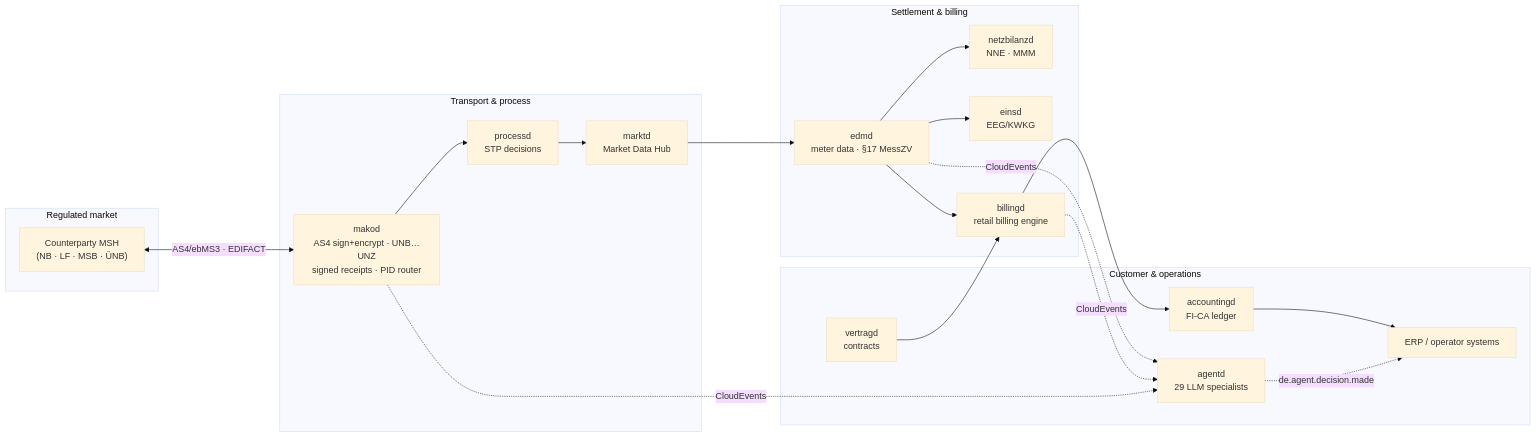
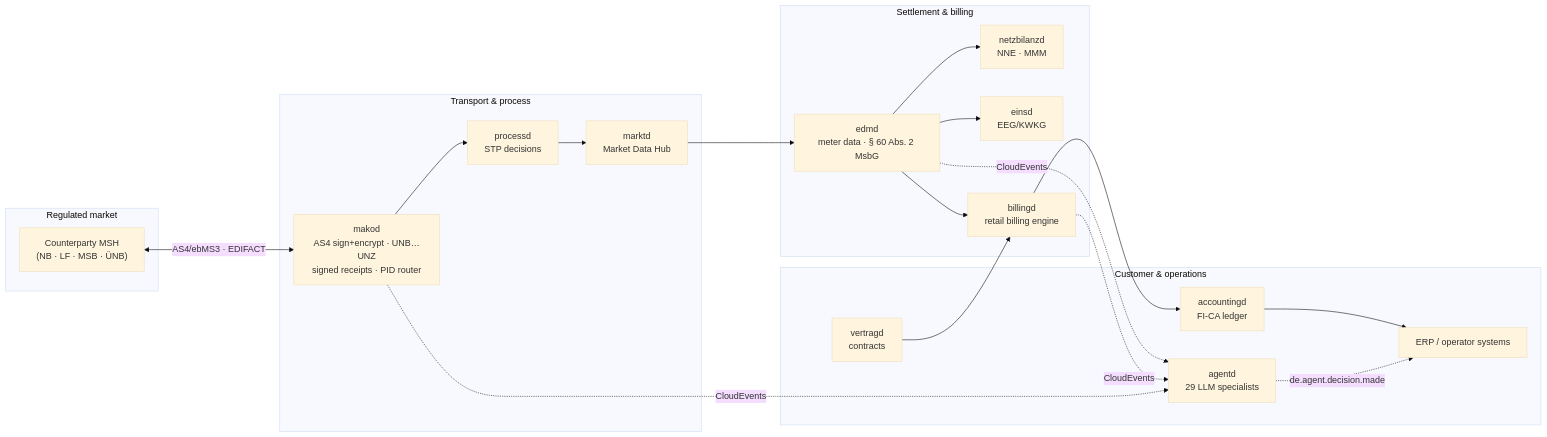
One commit to hupe1980/mako changed the diagram in README.md. Above: the diagram before and after it, drawn with Mermaid (base theme). The commit also changed other lines of this file and 118 other files, not shown here.

````diff
--- a/README.md
+++ b/README.md
@@ -26,35 +26,35 @@
 ```mermaid
 flowchart LR
     subgraph Market["Regulated market"]
         MP["Counterparty MSH<br/>(NB · LF · MSB · ÜNB)"]
     end
 
     subgraph Transport["Transport & process"]
         MAKOD["makod<br/>AS4 sign+encrypt · UNB…UNZ<br/>signed receipts · PID router"]
         PROCESSD["processd<br/>STP decisions"]
         MARKTD["marktd<br/>Market Data Hub"]
     end
 
     subgraph Settlement["Settlement & billing"]
-        EDMD["edmd<br/>meter data · §17 MessZV"]
+        EDMD["edmd<br/>meter data · § 60 Abs. 2 MsbG"]
         NETZB["netzbilanzd<br/>NNE · MMM"]
         EINSD["einsd<br/>EEG/KWKG"]
         BILLINGD["billingd<br/>retail billing engine"]
     end
 
     subgraph Business["Customer & operations"]
         VERTRAGD["vertragd<br/>contracts"]
         ACCOUNTINGD["accountingd<br/>FI-CA ledger"]
         AGENTD["agentd<br/>29 LLM specialists"]
         ERP["ERP / operator systems"]
     end
 
     MP <-->|"AS4/ebMS3 · EDIFACT"| MAKOD
     MAKOD --> PROCESSD --> MARKTD
     MARKTD --> EDMD --> NETZB & EINSD & BILLINGD
     BILLINGD --> ACCOUNTINGD
     VERTRAGD --> BILLINGD
     MAKOD & BILLINGD & EDMD -.->|"CloudEvents"| AGENTD
     AGENTD -.->|"de.agent.decision.made"| ERP
     ACCOUNTINGD --> ERP
 ```
````
